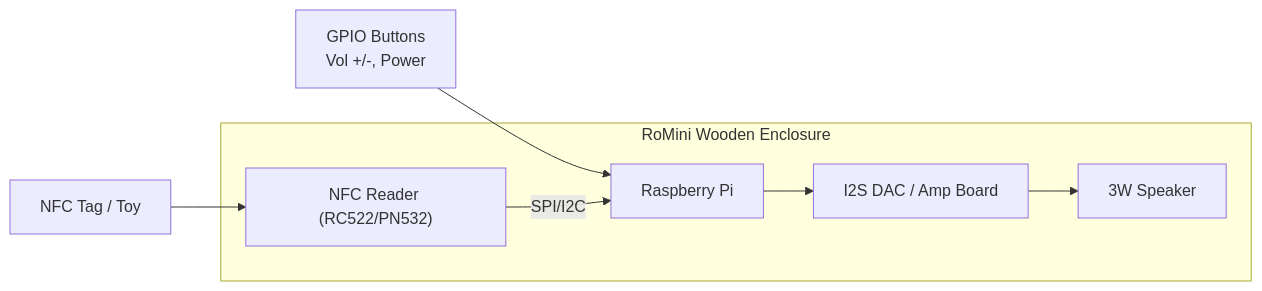
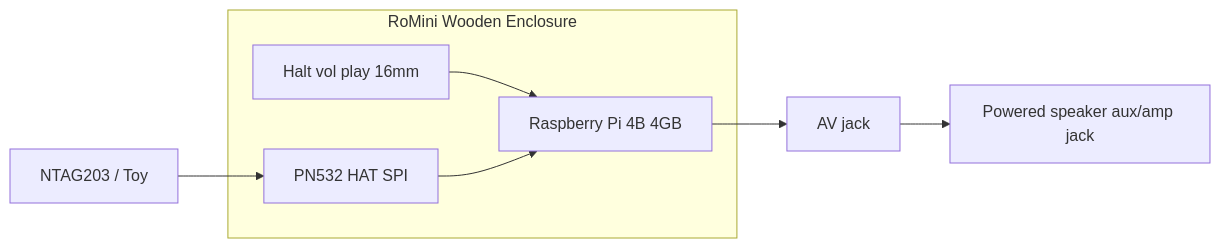
One commit to mzworthington/RoMini changed the diagram in docs/PRD_001.md. Above: the diagram before and after it, drawn with Mermaid. The commit also changed other lines of this file and 17 other files, not shown here.

````diff
--- a/docs/PRD_001.md
+++ b/docs/PRD_001.md
@@ -45,14 +52,13 @@
 ```mermaid
 flowchart LR
-  toy["NFC Tag / Toy"] --> nfc["NFC Reader (RC522/PN532)"]
-  buttons["GPIO Buttons<br/>Vol +/-, Power"] --> pi["Raspberry Pi"]
-  nfc -->|"SPI/I2C"| pi
-  pi --> dac["I2S DAC / Amp Board"]
-  dac --> speaker["3W Speaker"]
+  toy["NTAG203 / Toy"] --> nfc["PN532 HAT SPI"]
+  buttons["Halt vol play 16mm"] --> pi["Raspberry Pi 4B 4GB"]
+  nfc --> pi
+  pi --> jack["AV jack"]
+  jack --> speaker["Powered speaker aux/amp jack"]
   subgraph enclosure["RoMini Wooden Enclosure"]
     nfc
     pi
-    dac
-    speaker
+    buttons
   end
 ```
````
